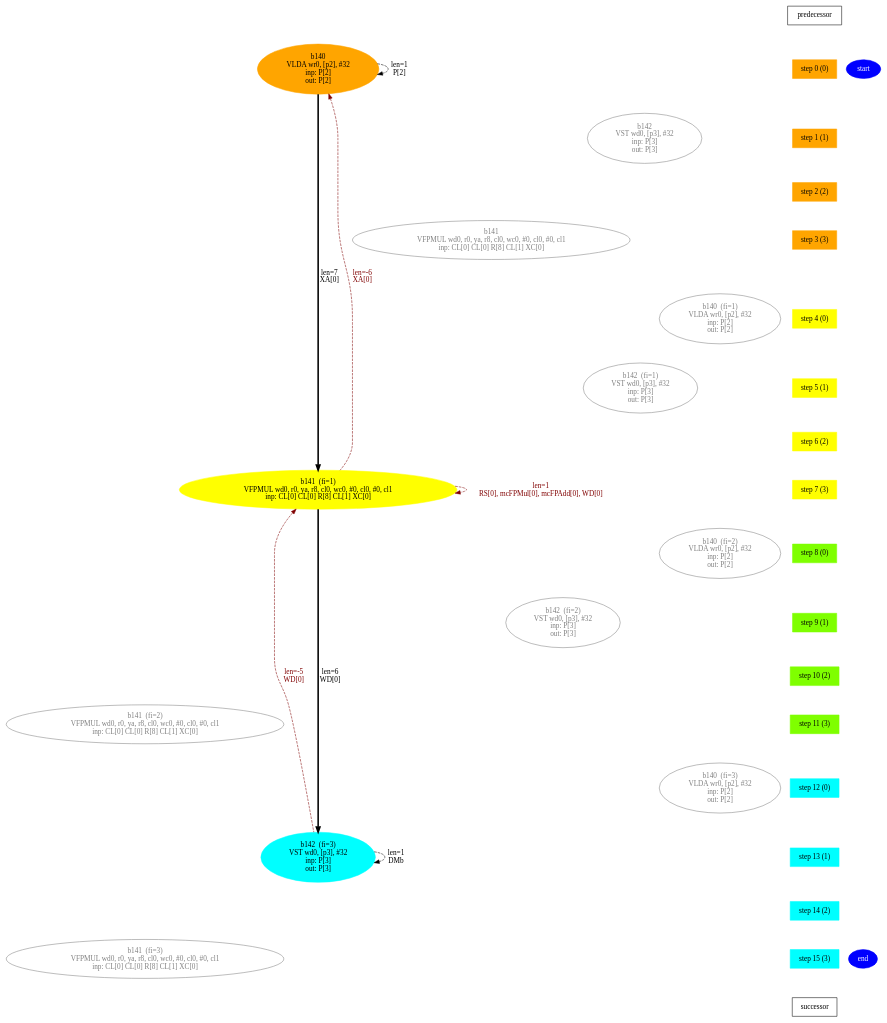
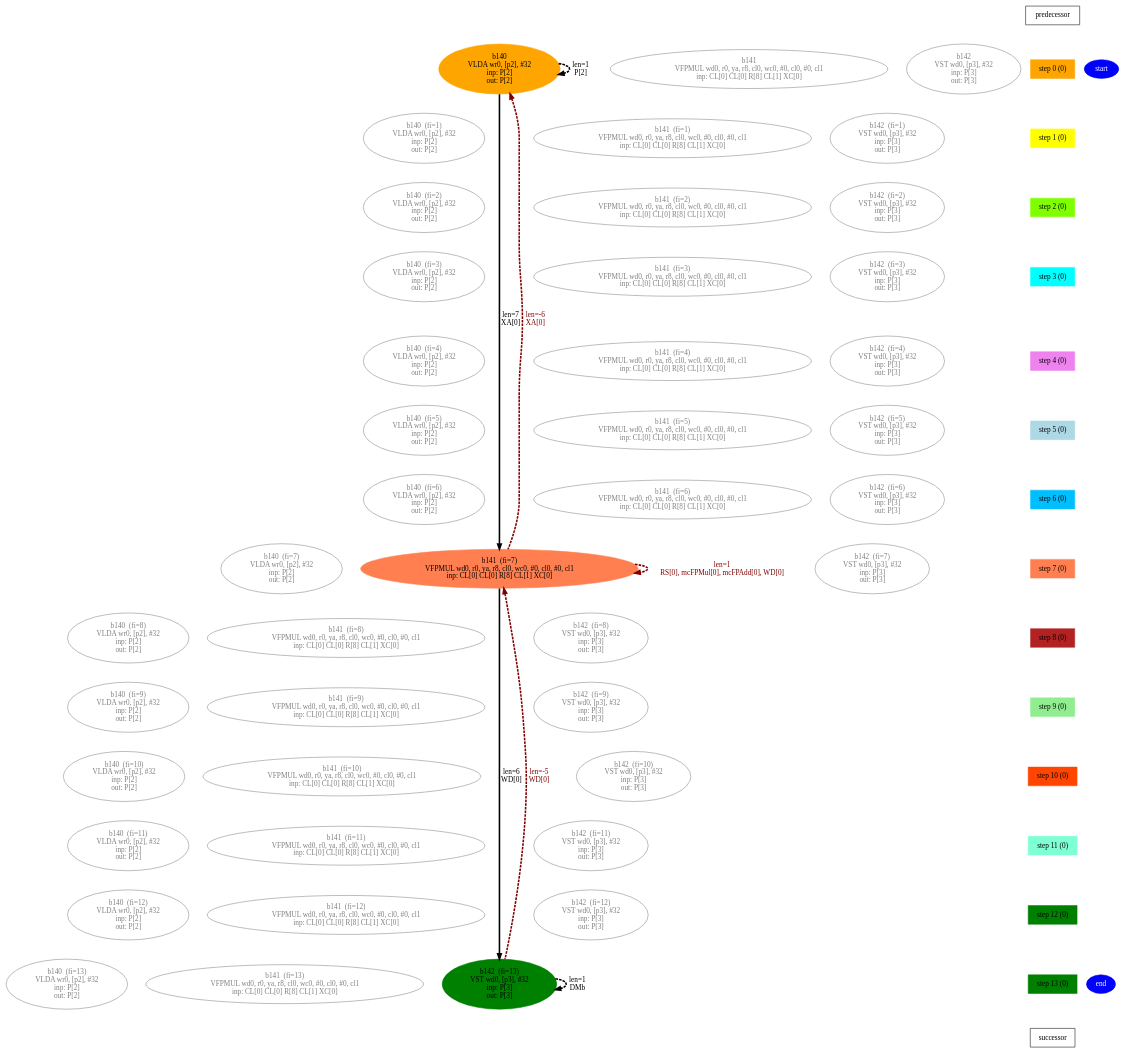
One commit to lxy-littlechai/SVD changed the diagram in TriBlock/Work/aie/0_0/Release/chesswork/0_0-main__s2_info/m847_unfolded_modulo_loop.dot. Above: the diagram before and after it, drawn with Graphviz. The commit also changed 732 other files, not shown here.

```diff
--- a/TriBlock/Work/aie/0_0/Release/chesswork/0_0-main__s2_info/m847_unfolded_modulo_loop.dot
+++ b/TriBlock/Work/aie/0_0/Release/chesswork/0_0-main__s2_info/m847_unfolded_modulo_loop.dot
@@ -1,67 +1,151 @@
 digraph N {
  b140[color=orange,fontcolor=black,style=filled,label="b140\nVLDA wr0, [p2], #32\ninp: P[2]\nout: P[2]"];  {rank=same; S0;  b140;}
- b141[color=yellow,fontcolor=black,style=filled,label="b141  (fi=1) \nVFPMUL wd0, r0, ya, r8, cl0, wc0, #0, cl0, #0, cl1\ninp: CL[0] CL[0] R[8] CL[1] XC[0]"];  {rank=same; S7;  b141;}
- b142[color=cyan,fontcolor=black,style=filled,label="b142  (fi=3) \nVST wd0, [p3], #32\ninp: P[3]\nout: P[3]"];  {rank=same; S13;  b142;}
+ b141[color=coral,fontcolor=black,style=filled,label="b141  (fi=7) \nVFPMUL wd0, r0, ya, r8, cl0, wc0, #0, cl0, #0, cl1\ninp: CL[0] CL[0] R[8] CL[1] XC[0]"];  {rank=same; S7;  b141;}
+ b142[color=green,fontcolor=black,style=filled,label="b142  (fi=13) \nVST wd0, [p3], #32\ninp: P[3]\nout: P[3]"];  {rank=same; S13;  b142;}
  start [color=blue,fontcolor=white,style=filled,label="start"];  {rank=same; S0;  start;}
- end [color=blue,fontcolor=white,style=filled,label="end"];  {rank=same; S15;  end;}
+ end [color=blue,fontcolor=white,style=filled,label="end"];  {rank=same; S13;  end;}
    b140 -> b141 [color=black,fontcolor=black,penwidth=3,label="len=7\nXA[0]",weight=1000];
    b141 -> b142 [color=black,fontcolor=black,penwidth=3,label="len=6\nWD[0]",weight=1000];
-   b140 -> b140 [color=black,fontcolor=black,style=dashed,label="len=1\nP[2]"];
-   b141 -> b141 [color=maroon,fontcolor=maroon,style=dashed,label="len=1\nRS[0], mcFPMul[0], mcFPAdd[0], WD[0]"];
-   b140 -> b141 [color=maroon,fontcolor=maroon,style=dashed,dir=back,label="len=-6\nXA[0]"];
-   b142 -> b142 [color=black,fontcolor=black,style=dashed,label="len=1\nDMb"];
-   b141 -> b142 [color=maroon,fontcolor=maroon,style=dashed,dir=back,label="len=-5\nWD[0]"];
- b140_copy_fi1[color=grey,fontcolor=grey,style=empty,label="b140  (fi=1) \nVLDA wr0, [p2], #32\ninp: P[2]\nout: P[2]"];  {rank=same; S4;  b140_copy_fi1;}
+   b140 -> b140 [color=black,fontcolor=black,penwidth=3,style=dashed,label="len=1\nP[2]"];
+   b141 -> b141 [color=maroon,fontcolor=maroon,penwidth=3,style=dashed,label="len=1\nRS[0], mcFPMul[0], mcFPAdd[0], WD[0]"];
+   b140 -> b141 [color=maroon,fontcolor=maroon,penwidth=3,style=dashed,dir=back,label="len=-6\nXA[0]"];
+   b142 -> b142 [color=black,fontcolor=black,penwidth=3,style=dashed,label="len=1\nDMb"];
+   b141 -> b142 [color=maroon,fontcolor=maroon,penwidth=3,style=dashed,dir=back,label="len=-5\nWD[0]"];
+ b140_copy_fi1[color=grey,fontcolor=grey,style=empty,label="b140  (fi=1) \nVLDA wr0, [p2], #32\ninp: P[2]\nout: P[2]"];  {rank=same; S1;  b140_copy_fi1;}
   b140 -> b140_copy_fi1[style=invis,weight=100];
- b140_copy_fi2[color=grey,fontcolor=grey,style=empty,label="b140  (fi=2) \nVLDA wr0, [p2], #32\ninp: P[2]\nout: P[2]"];  {rank=same; S8;  b140_copy_fi2;}
+ b140_copy_fi2[color=grey,fontcolor=grey,style=empty,label="b140  (fi=2) \nVLDA wr0, [p2], #32\ninp: P[2]\nout: P[2]"];  {rank=same; S2;  b140_copy_fi2;}
   b140_copy_fi1 -> b140_copy_fi2[style=invis,weight=100];
- b140_copy_fi3[color=grey,fontcolor=grey,style=empty,label="b140  (fi=3) \nVLDA wr0, [p2], #32\ninp: P[2]\nout: P[2]"];  {rank=same; S12;  b140_copy_fi3;}
+ b140_copy_fi3[color=grey,fontcolor=grey,style=empty,label="b140  (fi=3) \nVLDA wr0, [p2], #32\ninp: P[2]\nout: P[2]"];  {rank=same; S3;  b140_copy_fi3;}
   b140_copy_fi2 -> b140_copy_fi3[style=invis,weight=100];
- b141_copy_fi0[color=grey,fontcolor=grey,style=empty,label="b141\nVFPMUL wd0, r0, ya, r8, cl0, wc0, #0, cl0, #0, cl1\ninp: CL[0] CL[0] R[8] CL[1] XC[0]"];  {rank=same; S3;  b141_copy_fi0;}
-  b141_copy_fi0 -> b141[style=invis,weight=100];
- b141_copy_fi2[color=grey,fontcolor=grey,style=empty,label="b141  (fi=2) \nVFPMUL wd0, r0, ya, r8, cl0, wc0, #0, cl0, #0, cl1\ninp: CL[0] CL[0] R[8] CL[1] XC[0]"];  {rank=same; S11;  b141_copy_fi2;}
-  b141 -> b141_copy_fi2[style=invis,weight=100];
- b141_copy_fi3[color=grey,fontcolor=grey,style=empty,label="b141  (fi=3) \nVFPMUL wd0, r0, ya, r8, cl0, wc0, #0, cl0, #0, cl1\ninp: CL[0] CL[0] R[8] CL[1] XC[0]"];  {rank=same; S15;  b141_copy_fi3;}
+ b140_copy_fi4[color=grey,fontcolor=grey,style=empty,label="b140  (fi=4) \nVLDA wr0, [p2], #32\ninp: P[2]\nout: P[2]"];  {rank=same; S4;  b140_copy_fi4;}
+  b140_copy_fi3 -> b140_copy_fi4[style=invis,weight=100];
+ b140_copy_fi5[color=grey,fontcolor=grey,style=empty,label="b140  (fi=5) \nVLDA wr0, [p2], #32\ninp: P[2]\nout: P[2]"];  {rank=same; S5;  b140_copy_fi5;}
+  b140_copy_fi4 -> b140_copy_fi5[style=invis,weight=100];
+ b140_copy_fi6[color=grey,fontcolor=grey,style=empty,label="b140  (fi=6) \nVLDA wr0, [p2], #32\ninp: P[2]\nout: P[2]"];  {rank=same; S6;  b140_copy_fi6;}
+  b140_copy_fi5 -> b140_copy_fi6[style=invis,weight=100];
+ b140_copy_fi7[color=grey,fontcolor=grey,style=empty,label="b140  (fi=7) \nVLDA wr0, [p2], #32\ninp: P[2]\nout: P[2]"];  {rank=same; S7;  b140_copy_fi7;}
+  b140_copy_fi6 -> b140_copy_fi7[style=invis,weight=100];
+ b140_copy_fi8[color=grey,fontcolor=grey,style=empty,label="b140  (fi=8) \nVLDA wr0, [p2], #32\ninp: P[2]\nout: P[2]"];  {rank=same; S8;  b140_copy_fi8;}
+  b140_copy_fi7 -> b140_copy_fi8[style=invis,weight=100];
+ b140_copy_fi9[color=grey,fontcolor=grey,style=empty,label="b140  (fi=9) \nVLDA wr0, [p2], #32\ninp: P[2]\nout: P[2]"];  {rank=same; S9;  b140_copy_fi9;}
+  b140_copy_fi8 -> b140_copy_fi9[style=invis,weight=100];
+ b140_copy_fi10[color=grey,fontcolor=grey,style=empty,label="b140  (fi=10) \nVLDA wr0, [p2], #32\ninp: P[2]\nout: P[2]"];  {rank=same; S10;  b140_copy_fi10;}
+  b140_copy_fi9 -> b140_copy_fi10[style=invis,weight=100];
+ b140_copy_fi11[color=grey,fontcolor=grey,style=empty,label="b140  (fi=11) \nVLDA wr0, [p2], #32\ninp: P[2]\nout: P[2]"];  {rank=same; S11;  b140_copy_fi11;}
+  b140_copy_fi10 -> b140_copy_fi11[style=invis,weight=100];
+ b140_copy_fi12[color=grey,fontcolor=grey,style=empty,label="b140  (fi=12) \nVLDA wr0, [p2], #32\ninp: P[2]\nout: P[2]"];  {rank=same; S12;  b140_copy_fi12;}
+  b140_copy_fi11 -> b140_copy_fi12[style=invis,weight=100];
+ b140_copy_fi13[color=grey,fontcolor=grey,style=empty,label="b140  (fi=13) \nVLDA wr0, [p2], #32\ninp: P[2]\nout: P[2]"];  {rank=same; S13;  b140_copy_fi13;}
+  b140_copy_fi12 -> b140_copy_fi13[style=invis,weight=100];
+ b141_copy_fi0[color=grey,fontcolor=grey,style=empty,label="b141\nVFPMUL wd0, r0, ya, r8, cl0, wc0, #0, cl0, #0, cl1\ninp: CL[0] CL[0] R[8] CL[1] XC[0]"];  {rank=same; S0;  b141_copy_fi0;}
+ b141_copy_fi1[color=grey,fontcolor=grey,style=empty,label="b141  (fi=1) \nVFPMUL wd0, r0, ya, r8, cl0, wc0, #0, cl0, #0, cl1\ninp: CL[0] CL[0] R[8] CL[1] XC[0]"];  {rank=same; S1;  b141_copy_fi1;}
+  b141_copy_fi0 -> b141_copy_fi1[style=invis,weight=100];
+ b141_copy_fi2[color=grey,fontcolor=grey,style=empty,label="b141  (fi=2) \nVFPMUL wd0, r0, ya, r8, cl0, wc0, #0, cl0, #0, cl1\ninp: CL[0] CL[0] R[8] CL[1] XC[0]"];  {rank=same; S2;  b141_copy_fi2;}
+  b141_copy_fi1 -> b141_copy_fi2[style=invis,weight=100];
+ b141_copy_fi3[color=grey,fontcolor=grey,style=empty,label="b141  (fi=3) \nVFPMUL wd0, r0, ya, r8, cl0, wc0, #0, cl0, #0, cl1\ninp: CL[0] CL[0] R[8] CL[1] XC[0]"];  {rank=same; S3;  b141_copy_fi3;}
   b141_copy_fi2 -> b141_copy_fi3[style=invis,weight=100];
- b142_copy_fi0[color=grey,fontcolor=grey,style=empty,label="b142\nVST wd0, [p3], #32\ninp: P[3]\nout: P[3]"];  {rank=same; S1;  b142_copy_fi0;}
- b142_copy_fi1[color=grey,fontcolor=grey,style=empty,label="b142  (fi=1) \nVST wd0, [p3], #32\ninp: P[3]\nout: P[3]"];  {rank=same; S5;  b142_copy_fi1;}
+ b141_copy_fi4[color=grey,fontcolor=grey,style=empty,label="b141  (fi=4) \nVFPMUL wd0, r0, ya, r8, cl0, wc0, #0, cl0, #0, cl1\ninp: CL[0] CL[0] R[8] CL[1] XC[0]"];  {rank=same; S4;  b141_copy_fi4;}
+  b141_copy_fi3 -> b141_copy_fi4[style=invis,weight=100];
+ b141_copy_fi5[color=grey,fontcolor=grey,style=empty,label="b141  (fi=5) \nVFPMUL wd0, r0, ya, r8, cl0, wc0, #0, cl0, #0, cl1\ninp: CL[0] CL[0] R[8] CL[1] XC[0]"];  {rank=same; S5;  b141_copy_fi5;}
+  b141_copy_fi4 -> b141_copy_fi5[style=invis,weight=100];
+ b141_copy_fi6[color=grey,fontcolor=grey,style=empty,label="b141  (fi=6) \nVFPMUL wd0, r0, ya, r8, cl0, wc0, #0, cl0, #0, cl1\ninp: CL[0] CL[0] R[8] CL[1] XC[0]"];  {rank=same; S6;  b141_copy_fi6;}
+  b141_copy_fi5 -> b141_copy_fi6[style=invis,weight=100];
+  b141_copy_fi6 -> b141[style=invis,weight=100];
+ b141_copy_fi8[color=grey,fontcolor=grey,style=empty,label="b141  (fi=8) \nVFPMUL wd0, r0, ya, r8, cl0, wc0, #0, cl0, #0, cl1\ninp: CL[0] CL[0] R[8] CL[1] XC[0]"];  {rank=same; S8;  b141_copy_fi8;}
+  b141 -> b141_copy_fi8[style=invis,weight=100];
+ b141_copy_fi9[color=grey,fontcolor=grey,style=empty,label="b141  (fi=9) \nVFPMUL wd0, r0, ya, r8, cl0, wc0, #0, cl0, #0, cl1\ninp: CL[0] CL[0] R[8] CL[1] XC[0]"];  {rank=same; S9;  b141_copy_fi9;}
+  b141_copy_fi8 -> b141_copy_fi9[style=invis,weight=100];
+ b141_copy_fi10[color=grey,fontcolor=grey,style=empty,label="b141  (fi=10) \nVFPMUL wd0, r0, ya, r8, cl0, wc0, #0, cl0, #0, cl1\ninp: CL[0] CL[0] R[8] CL[1] XC[0]"];  {rank=same; S10;  b141_copy_fi10;}
+  b141_copy_fi9 -> b141_copy_fi10[style=invis,weight=100];
+ b141_copy_fi11[color=grey,fontcolor=grey,style=empty,label="b141  (fi=11) \nVFPMUL wd0, r0, ya, r8, cl0, wc0, #0, cl0, #0, cl1\ninp: CL[0] CL[0] R[8] CL[1] XC[0]"];  {rank=same; S11;  b141_copy_fi11;}
+  b141_copy_fi10 -> b141_copy_fi11[style=invis,weight=100];
+ b141_copy_fi12[color=grey,fontcolor=grey,style=empty,label="b141  (fi=12) \nVFPMUL wd0, r0, ya, r8, cl0, wc0, #0, cl0, #0, cl1\ninp: CL[0] CL[0] R[8] CL[1] XC[0]"];  {rank=same; S12;  b141_copy_fi12;}
+  b141_copy_fi11 -> b141_copy_fi12[style=invis,weight=100];
+ b141_copy_fi13[color=grey,fontcolor=grey,style=empty,label="b141  (fi=13) \nVFPMUL wd0, r0, ya, r8, cl0, wc0, #0, cl0, #0, cl1\ninp: CL[0] CL[0] R[8] CL[1] XC[0]"];  {rank=same; S13;  b141_copy_fi13;}
+  b141_copy_fi12 -> b141_copy_fi13[style=invis,weight=100];
+ b142_copy_fi0[color=grey,fontcolor=grey,style=empty,label="b142\nVST wd0, [p3], #32\ninp: P[3]\nout: P[3]"];  {rank=same; S0;  b142_copy_fi0;}
+ b142_copy_fi1[color=grey,fontcolor=grey,style=empty,label="b142  (fi=1) \nVST wd0, [p3], #32\ninp: P[3]\nout: P[3]"];  {rank=same; S1;  b142_copy_fi1;}
   b142_copy_fi0 -> b142_copy_fi1[style=invis,weight=100];
- b142_copy_fi2[color=grey,fontcolor=grey,style=empty,label="b142  (fi=2) \nVST wd0, [p3], #32\ninp: P[3]\nout: P[3]"];  {rank=same; S9;  b142_copy_fi2;}
+ b142_copy_fi2[color=grey,fontcolor=grey,style=empty,label="b142  (fi=2) \nVST wd0, [p3], #32\ninp: P[3]\nout: P[3]"];  {rank=same; S2;  b142_copy_fi2;}
   b142_copy_fi1 -> b142_copy_fi2[style=invis,weight=100];
-  b142_copy_fi2 -> b142[style=invis,weight=100];
+ b142_copy_fi3[color=grey,fontcolor=grey,style=empty,label="b142  (fi=3) \nVST wd0, [p3], #32\ninp: P[3]\nout: P[3]"];  {rank=same; S3;  b142_copy_fi3;}
+  b142_copy_fi2 -> b142_copy_fi3[style=invis,weight=100];
+ b142_copy_fi4[color=grey,fontcolor=grey,style=empty,label="b142  (fi=4) \nVST wd0, [p3], #32\ninp: P[3]\nout: P[3]"];  {rank=same; S4;  b142_copy_fi4;}
+  b142_copy_fi3 -> b142_copy_fi4[style=invis,weight=100];
+ b142_copy_fi5[color=grey,fontcolor=grey,style=empty,label="b142  (fi=5) \nVST wd0, [p3], #32\ninp: P[3]\nout: P[3]"];  {rank=same; S5;  b142_copy_fi5;}
+  b142_copy_fi4 -> b142_copy_fi5[style=invis,weight=100];
+ b142_copy_fi6[color=grey,fontcolor=grey,style=empty,label="b142  (fi=6) \nVST wd0, [p3], #32\ninp: P[3]\nout: P[3]"];  {rank=same; S6;  b142_copy_fi6;}
+  b142_copy_fi5 -> b142_copy_fi6[style=invis,weight=100];
+ b142_copy_fi7[color=grey,fontcolor=grey,style=empty,label="b142  (fi=7) \nVST wd0, [p3], #32\ninp: P[3]\nout: P[3]"];  {rank=same; S7;  b142_copy_fi7;}
+  b142_copy_fi6 -> b142_copy_fi7[style=invis,weight=100];
+ b142_copy_fi8[color=grey,fontcolor=grey,style=empty,label="b142  (fi=8) \nVST wd0, [p3], #32\ninp: P[3]\nout: P[3]"];  {rank=same; S8;  b142_copy_fi8;}
+  b142_copy_fi7 -> b142_copy_fi8[style=invis,weight=100];
+ b142_copy_fi9[color=grey,fontcolor=grey,style=empty,label="b142  (fi=9) \nVST wd0, [p3], #32\ninp: P[3]\nout: P[3]"];  {rank=same; S9;  b142_copy_fi9;}
+  b142_copy_fi8 -> b142_copy_fi9[style=invis,weight=100];
+ b142_copy_fi10[color=grey,fontcolor=grey,style=empty,label="b142  (fi=10) \nVST wd0, [p3], #32\ninp: P[3]\nout: P[3]"];  {rank=same; S10;  b142_copy_fi10;}
+  b142_copy_fi9 -> b142_copy_fi10[style=invis,weight=100];
+ b142_copy_fi11[color=grey,fontcolor=grey,style=empty,label="b142  (fi=11) \nVST wd0, [p3], #32\ninp: P[3]\nout: P[3]"];  {rank=same; S11;  b142_copy_fi11;}
+  b142_copy_fi10 -> b142_copy_fi11[style=invis,weight=100];
+ b142_copy_fi12[color=grey,fontcolor=grey,style=empty,label="b142  (fi=12) \nVST wd0, [p3], #32\ninp: P[3]\nout: P[3]"];  {rank=same; S12;  b142_copy_fi12;}
+  b142_copy_fi11 -> b142_copy_fi12[style=invis,weight=100];
+  b142_copy_fi12 -> b142[style=invis,weight=100];
+  b140 -> b141_copy_fi0[style=invis,weight=1000];
+  b141_copy_fi0 -> b142_copy_fi0[style=invis,weight=1000];
+  b140_copy_fi1 -> b141_copy_fi1[style=invis,weight=1000];
+  b141_copy_fi1 -> b142_copy_fi1[style=invis,weight=1000];
+  b140_copy_fi2 -> b141_copy_fi2[style=invis,weight=1000];
+  b141_copy_fi2 -> b142_copy_fi2[style=invis,weight=1000];
+  b140_copy_fi3 -> b141_copy_fi3[style=invis,weight=1000];
+  b141_copy_fi3 -> b142_copy_fi3[style=invis,weight=1000];
+  b140_copy_fi4 -> b141_copy_fi4[style=invis,weight=1000];
+  b141_copy_fi4 -> b142_copy_fi4[style=invis,weight=1000];
+  b140_copy_fi5 -> b141_copy_fi5[style=invis,weight=1000];
+  b141_copy_fi5 -> b142_copy_fi5[style=invis,weight=1000];
+  b140_copy_fi6 -> b141_copy_fi6[style=invis,weight=1000];
+  b141_copy_fi6 -> b142_copy_fi6[style=invis,weight=1000];
+  b140_copy_fi7 -> b141[style=invis,weight=1000];
+  b141 -> b142_copy_fi7[style=invis,weight=1000];
+  b140_copy_fi8 -> b141_copy_fi8[style=invis,weight=1000];
+  b141_copy_fi8 -> b142_copy_fi8[style=invis,weight=1000];
+  b140_copy_fi9 -> b141_copy_fi9[style=invis,weight=1000];
+  b141_copy_fi9 -> b142_copy_fi9[style=invis,weight=1000];
+  b140_copy_fi10 -> b141_copy_fi10[style=invis,weight=1000];
+  b141_copy_fi10 -> b142_copy_fi10[style=invis,weight=1000];
+  b140_copy_fi11 -> b141_copy_fi11[style=invis,weight=1000];
+  b141_copy_fi11 -> b142_copy_fi11[style=invis,weight=1000];
+  b140_copy_fi12 -> b141_copy_fi12[style=invis,weight=1000];
+  b141_copy_fi12 -> b142_copy_fi12[style=invis,weight=1000];
+  b140_copy_fi13 -> b141_copy_fi13[style=invis,weight=1000];
+  b141_copy_fi13 -> b142[style=invis,weight=1000];
   Sm1 [label="predecessor",shape=box];
   S0 [label="step 0 (0)",style=filled,fontcolor=black,color=orange,shape=box];
   Sm1 -> S0[style=invis,weight=9000];
-  S1 [label="step 1 (1)",style=filled,fontcolor=black,color=orange,shape=box];
+  S1 [label="step 1 (0)",style=filled,fontcolor=black,color=yellow,shape=box];
   S0 -> S1[style=invis,weight=9000];
-  S2 [label="step 2 (2)",style=filled,fontcolor=black,color=orange,shape=box];
+  S2 [label="step 2 (0)",style=filled,fontcolor=black,color=chartreuse,shape=box];
   S1 -> S2[style=invis,weight=9000];
-  S3 [label="step 3 (3)",style=filled,fontcolor=black,color=orange,shape=box];
+  S3 [label="step 3 (0)",style=filled,fontcolor=black,color=cyan,shape=box];
   S2 -> S3[style=invis,weight=9000];
-  S4 [label="step 4 (0)",style=filled,fontcolor=black,color=yellow,shape=box];
+  S4 [label="step 4 (0)",style=filled,fontcolor=black,color=violet,shape=box];
   S3 -> S4[style=invis,weight=9000];
-  S5 [label="step 5 (1)",style=filled,fontcolor=black,color=yellow,shape=box];
+  S5 [label="step 5 (0)",style=filled,fontcolor=black,color=lightblue,shape=box];
   S4 -> S5[style=invis,weight=9000];
-  S6 [label="step 6 (2)",style=filled,fontcolor=black,color=yellow,shape=box];
+  S6 [label="step 6 (0)",style=filled,fontcolor=black,color=deepskyblue,shape=box];
   S5 -> S6[style=invis,weight=9000];
-  S7 [label="step 7 (3)",style=filled,fontcolor=black,color=yellow,shape=box];
+  S7 [label="step 7 (0)",style=filled,fontcolor=black,color=coral,shape=box];
   S6 -> S7[style=invis,weight=9000];
-  S8 [label="step 8 (0)",style=filled,fontcolor=black,color=chartreuse,shape=box];
+  S8 [label="step 8 (0)",style=filled,fontcolor=black,color=firebrick,shape=box];
   S7 -> S8[style=invis,weight=9000];
-  S9 [label="step 9 (1)",style=filled,fontcolor=black,color=chartreuse,shape=box];
+  S9 [label="step 9 (0)",style=filled,fontcolor=black,color=lightgreen,shape=box];
   S8 -> S9[style=invis,weight=9000];
-  S10 [label="step 10 (2)",style=filled,fontcolor=black,color=chartreuse,shape=box];
+  S10 [label="step 10 (0)",style=filled,fontcolor=black,color=orangered,shape=box];
   S9 -> S10[style=invis,weight=9000];
-  S11 [label="step 11 (3)",style=filled,fontcolor=black,color=chartreuse,shape=box];
+  S11 [label="step 11 (0)",style=filled,fontcolor=black,color=aquamarine,shape=box];
   S10 -> S11[style=invis,weight=9000];
-  S12 [label="step 12 (0)",style=filled,fontcolor=black,color=cyan,shape=box];
+  S12 [label="step 12 (0)",style=filled,fontcolor=black,color=green,shape=box];
   S11 -> S12[style=invis,weight=9000];
-  S13 [label="step 13 (1)",style=filled,fontcolor=black,color=cyan,shape=box];
+  S13 [label="step 13 (0)",style=filled,fontcolor=black,color=green,shape=box];
   S12 -> S13[style=invis,weight=9000];
-  S14 [label="step 14 (2)",style=filled,fontcolor=black,color=cyan,shape=box];
+  S14 [label="successor",shape=box];
   S13 -> S14[style=invis,weight=9000];
-  S15 [label="step 15 (3)",style=filled,fontcolor=black,color=cyan,shape=box];
-  S14 -> S15[style=invis,weight=9000];
-  S16 [label="successor",shape=box];
-  S15 -> S16[style=invis,weight=9000];
 }
```
